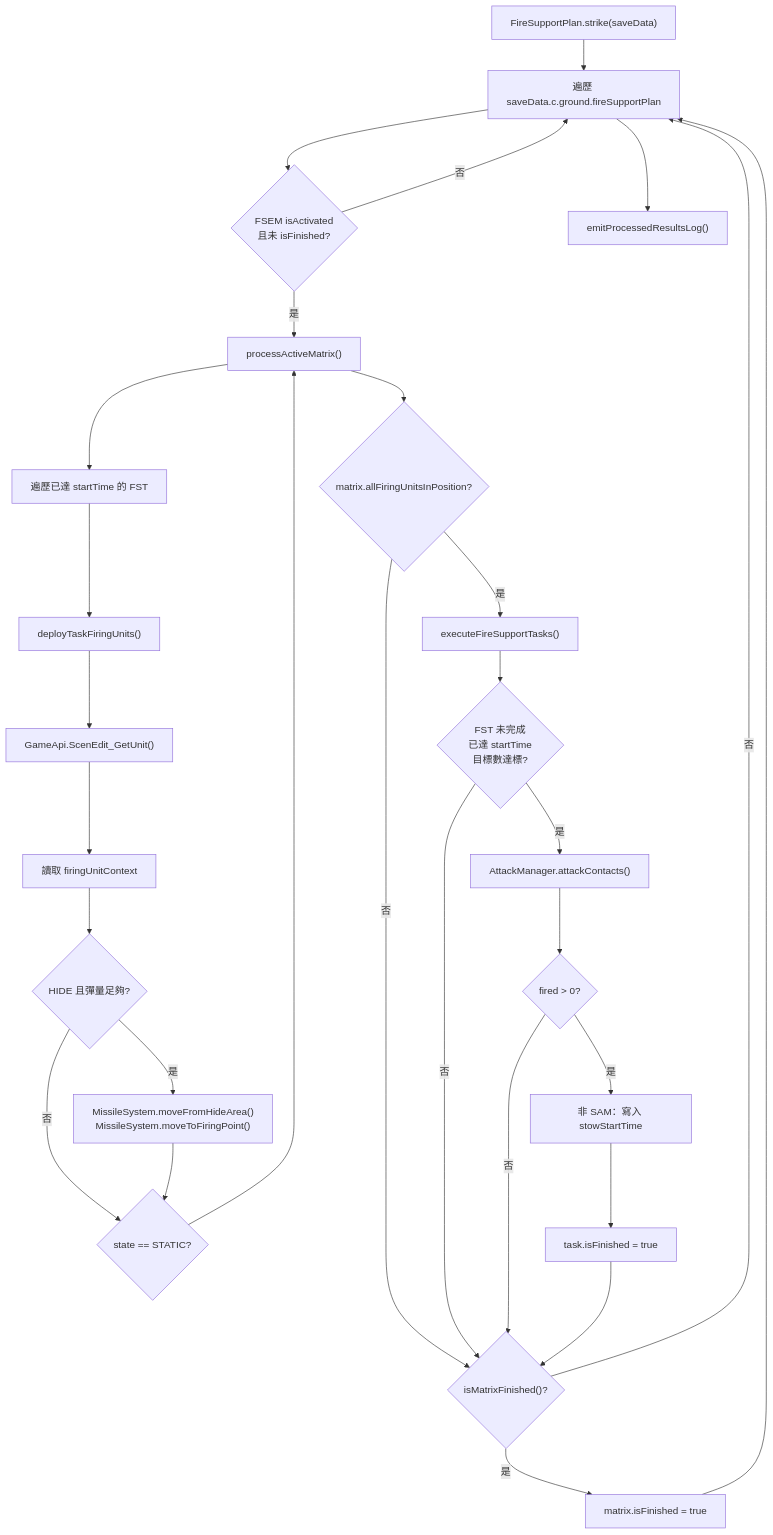
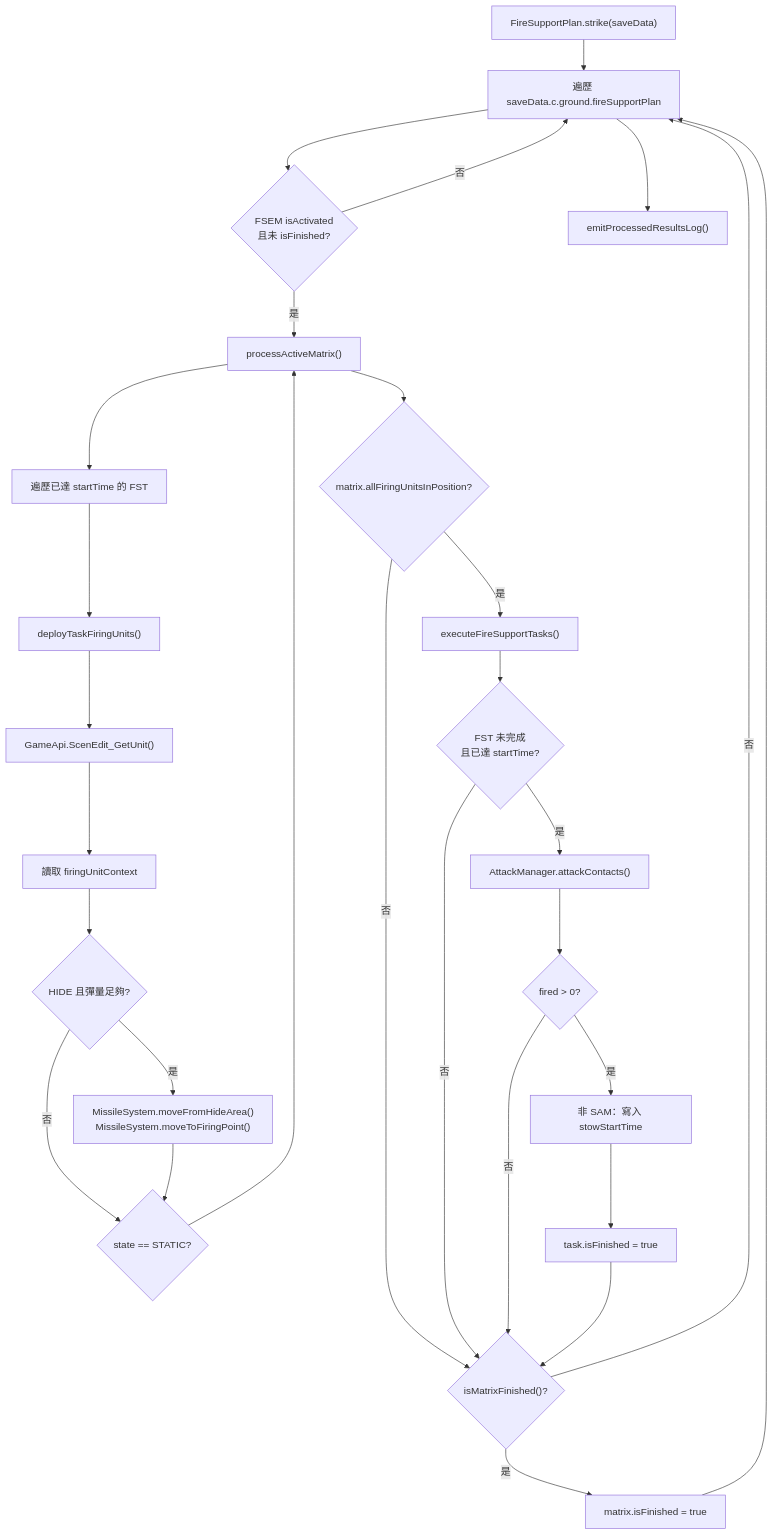
The diagram in docs/strikePlanner/fireSupportPlan.md (pullupjumper/formosa-in-flames), drawn with Mermaid before and after one commit. The commit also changed other lines of this file and 3 other files, not shown here.

````diff
--- a/docs/strikePlanner/fireSupportPlan.md
+++ b/docs/strikePlanner/fireSupportPlan.md
@@ -117,53 +118,53 @@
 ```mermaid
 flowchart TD
     START["FireSupportPlan.strike(saveData)"]
     LOOP["遍歷 saveData.c.ground.fireSupportPlan"]
     ACTIVE{"FSEM isActivated<br/>且未 isFinished?"}
     PROCESS["processActiveMatrix()"]
     DEPLOY_TASK["遍歷已達 startTime 的 FST"]
     DEPLOY_UNIT["deployTaskFiringUnits()"]
     GET_UNIT["GameApi.ScenEdit_GetUnit()"]
     GET_CTX["讀取 firingUnitContext"]
     READY{"HIDE 且彈量足夠?"}
     MOVE["MissileSystem.moveFromHideArea()<br/>MissileSystem.moveToFiringPoint()"]
     STATIC{"state == STATIC?"}
     ALL_READY{"matrix.allFiringUnitsInPosition?"}
     EXECUTE["executeFireSupportTasks()"]
-    TASK_READY{"FST 未完成<br/>已達 startTime<br/>目標數達標?"}
+    TASK_READY{"FST 未完成<br/>且已達 startTime?"}
     ATTACK["AttackManager.attackContacts()"]
     FIRED{"fired > 0?"}
     STOW["非 SAM：寫入 stowStartTime"]
     TASK_DONE["task.isFinished = true"]
     MATRIX_DONE{"isMatrixFinished()?"}
     FINISH["matrix.isFinished = true"]
     LOG["emitProcessedResultsLog()"]
 
     START --> LOOP
     LOOP --> ACTIVE
     ACTIVE -->|否| LOOP
     ACTIVE -->|是| PROCESS
     PROCESS --> DEPLOY_TASK
     DEPLOY_TASK --> DEPLOY_UNIT
     DEPLOY_UNIT --> GET_UNIT
     GET_UNIT --> GET_CTX
     GET_CTX --> READY
     READY -->|是| MOVE
     READY -->|否| STATIC
     MOVE --> STATIC
     STATIC --> PROCESS
     PROCESS --> ALL_READY
     ALL_READY -->|是| EXECUTE
     ALL_READY -->|否| MATRIX_DONE
     EXECUTE --> TASK_READY
     TASK_READY -->|是| ATTACK
     TASK_READY -->|否| MATRIX_DONE
     ATTACK --> FIRED
     FIRED -->|是| STOW
     FIRED -->|否| MATRIX_DONE
     STOW --> TASK_DONE
     TASK_DONE --> MATRIX_DONE
     MATRIX_DONE -->|是| FINISH
     MATRIX_DONE -->|否| LOOP
     FINISH --> LOOP
     LOOP --> LOG
 ```
````
